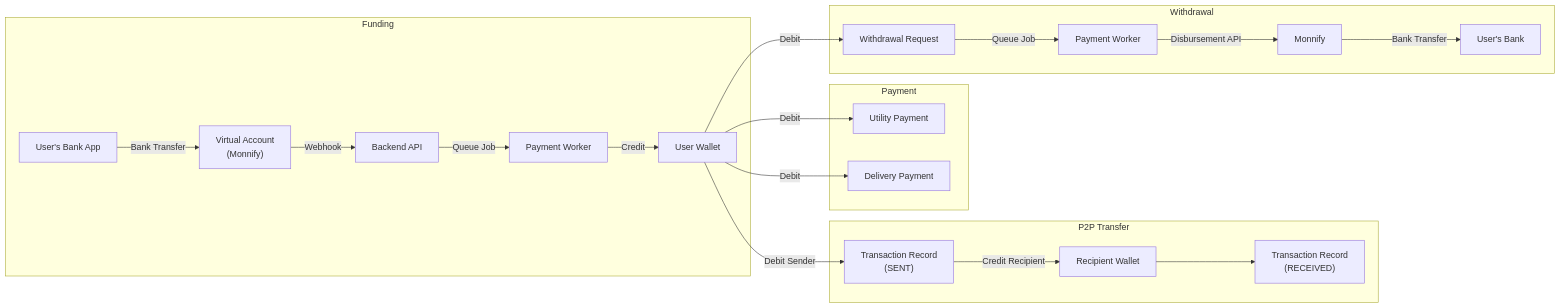
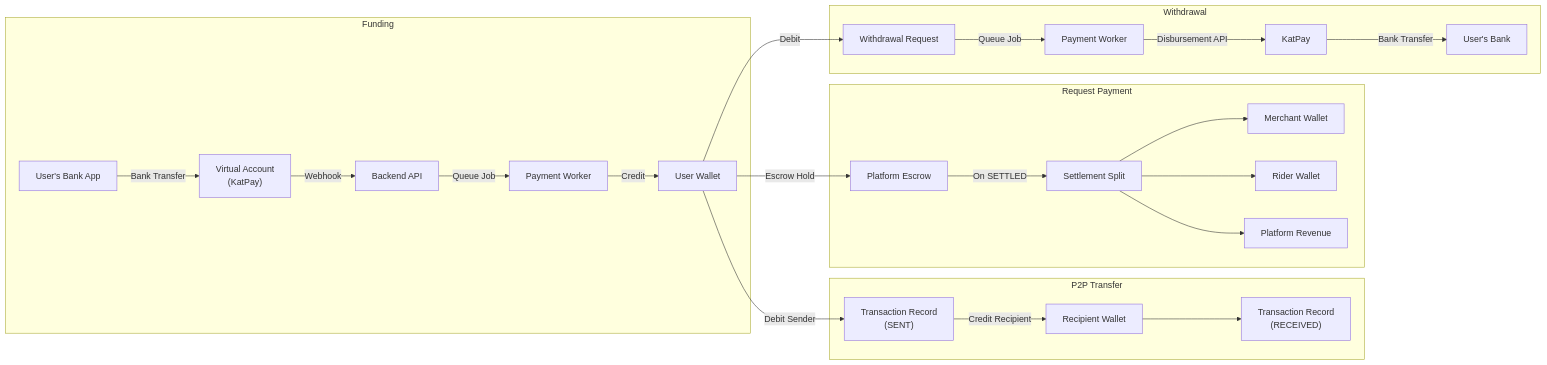
The second of 5 diagrams in docs/ARCHITECTURE.md (bishirtijjani/logistics), drawn with Mermaid before and after one commit. The commit also changed other lines of this file and 162 other files, not shown here.

````diff
--- a/docs/ARCHITECTURE.md
+++ b/docs/ARCHITECTURE.md
@@ -53,27 +59,30 @@
 ```mermaid
 flowchart LR
     subgraph Funding
-        Bank["User's Bank App"] -->|Bank Transfer| VA["Virtual Account<br/>(Monnify)"]
+        Bank["User's Bank App"] -->|Bank Transfer| VA["Virtual Account<br/>(KatPay)"]
         VA -->|Webhook| API["Backend API"]
         API -->|Queue Job| BQ["Payment Worker"]
         BQ -->|Credit| W["User Wallet"]
     end
 
     subgraph P2P Transfer
         W -->|Debit Sender| TX1["Transaction Record<br/>(SENT)"]
         TX1 -->|Credit Recipient| W2["Recipient Wallet"]
         W2 --> TX2["Transaction Record<br/>(RECEIVED)"]
     end
 
-    subgraph Payment
-        W -->|Debit| UP["Utility Payment"]
-        W -->|Debit| DP["Delivery Payment"]
+    subgraph Request Payment
+        W -->|Escrow Hold| ESC["Platform Escrow"]
+        ESC -->|On SETTLED| SP["Settlement Split"]
+        SP --> MW["Merchant Wallet"]
+        SP --> RW["Rider Wallet"]
+        SP --> PL["Platform Revenue"]
     end
 
     subgraph Withdrawal
         W -->|Debit| WD["Withdrawal Request"]
         WD -->|Queue Job| BQ2["Payment Worker"]
-        BQ2 -->|Disbursement API| MN["Monnify"]
-        MN -->|Bank Transfer| UB["User's Bank"]
+        BQ2 -->|Disbursement API| KP["KatPay"]
+        KP -->|Bank Transfer| UB["User's Bank"]
     end
 ```
````
